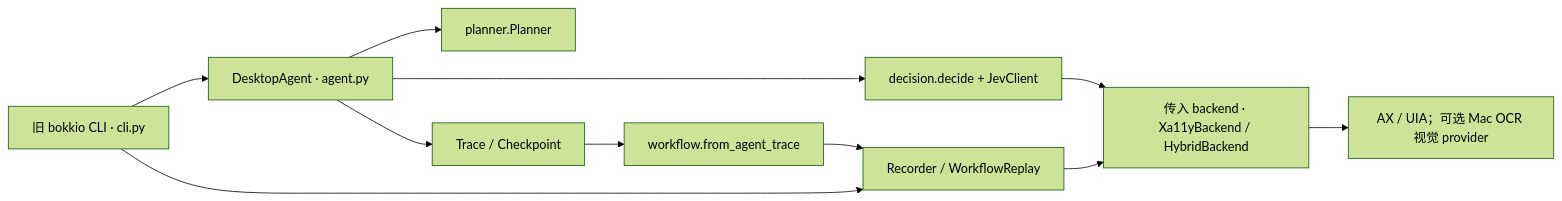
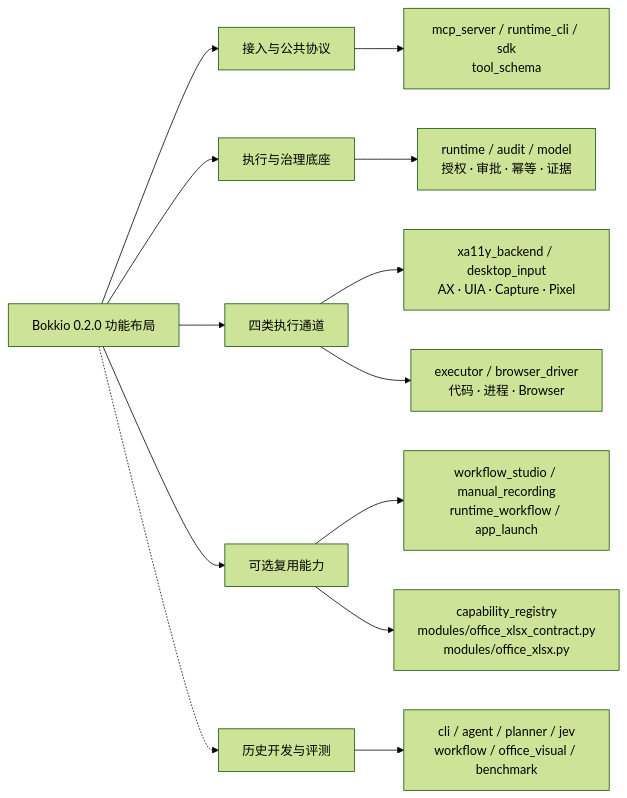
One commit to YeohsCode/Bokkio changed the second of 2 diagrams in wiki/summaries/architecture-map.md. Above: the diagram before and after it, drawn with Mermaid (forest theme). The commit also changed other lines of this file and 84 other files, not shown here.

````diff
--- a/wiki/summaries/architecture-map.md
+++ b/wiki/summaries/architecture-map.md
@@ -70,13 +45,16 @@
 ```mermaid
 flowchart LR
-    Legacy["旧 bokkio CLI · cli.py"] --> Agent["DesktopAgent · agent.py"]
-    Agent --> Plan["planner.Planner"]
-    Agent --> Decision["decision.decide + JevClient"]
-    Decision --> Backend["传入 backend · Xa11yBackend / HybridBackend"]
-    Agent --> Trace["Trace / Checkpoint"]
-    Legacy --> WF["Recorder / WorkflowReplay"]
-    Trace --> Compile["workflow.from_agent_trace"]
-    Compile --> WF
-    WF --> Backend
-    Backend --> OS["AX / UIA；可选 Mac OCR 视觉 provider"]
+    Package["Bokkio 0.2.0 功能布局"]
+    Package --> Entry["接入与公共协议"]
+    Entry --> Transports["mcp_server / runtime_cli / sdk<br/>tool_schema"]
+    Package --> Governance["执行与治理底座"]
+    Governance --> Kernel["runtime / audit / model<br/>授权 · 审批 · 幂等 · 证据"]
+    Package --> Channels["四类执行通道"]
+    Channels --> Desktop["xa11y_backend / desktop_input<br/>AX · UIA · Capture · Pixel"]
+    Channels --> Workers["executor / browser_driver<br/>代码 · 进程 · Browser"]
+    Package --> Extensions["可选复用能力"]
+    Extensions --> Workflow["workflow_studio / manual_recording<br/>runtime_workflow / app_launch"]
+    Extensions --> Modules["capability_registry<br/>modules/office_xlsx_contract.py<br/>modules/office_xlsx.py"]
+    Package -.-> Legacy["历史开发与评测"]
+    Legacy --> Old["cli / agent / planner / jev<br/>workflow / office_visual / benchmark"]
 ```
````
